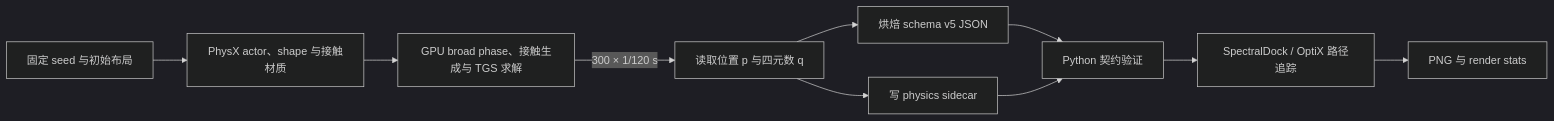
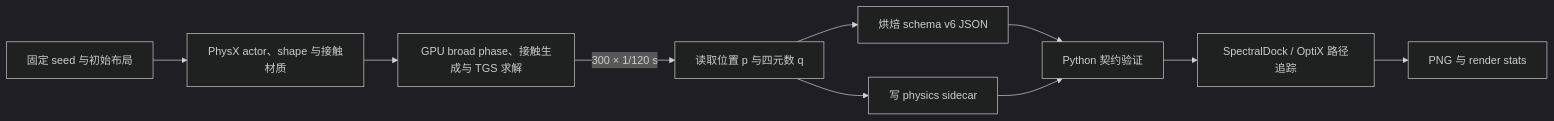
One commit to goooxu/SpectralDock changed the diagram in docs/technical-report/10-physx-rigid-body-scene-baking.md. Above: the diagram before and after it, drawn with Mermaid (dark theme). The commit also changed other lines of this file and 74 other files, not shown here.

```diff
--- a/docs/technical-report/10-physx-rigid-body-scene-baking.md
+++ b/docs/technical-report/10-physx-rigid-body-scene-baking.md
@@ -18,12 +18,12 @@
 ~~~mermaid
 flowchart LR
     A["固定 seed 与初始布局"] --> B["PhysX actor、shape 与接触材质"]
     B --> C["GPU broad phase、接触生成与 TGS 求解"]
     C -->|"300 × 1/120 s"| D["读取位置 p 与四元数 q"]
-    D --> E["烘焙 schema v5 JSON"]
+    D --> E["烘焙 schema v6 JSON"]
     D --> F["写 physics sidecar"]
     E --> G["Python 契约验证"]
     F --> G
     G --> H["SpectralDock / OptiX 路径追踪"]
     H --> I["PNG 与 render stats"]
 ~~~
```
